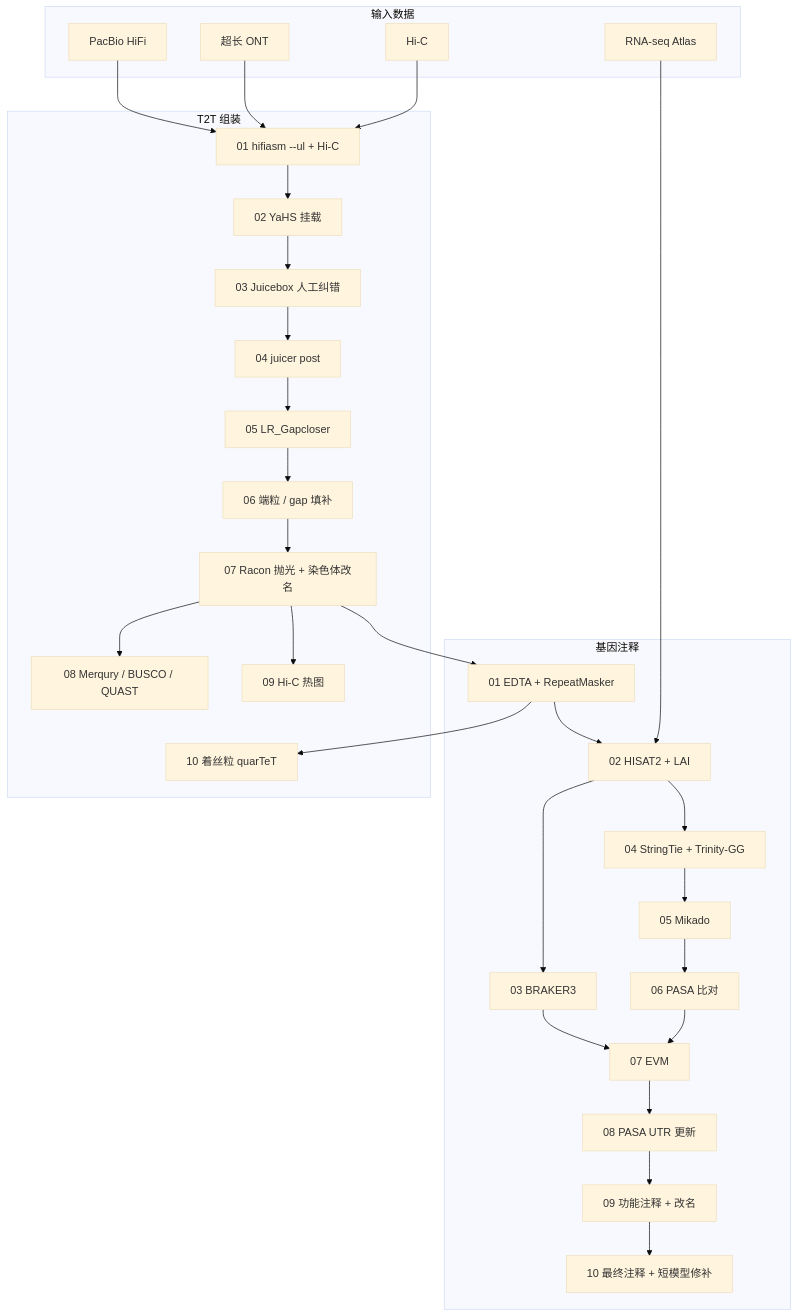
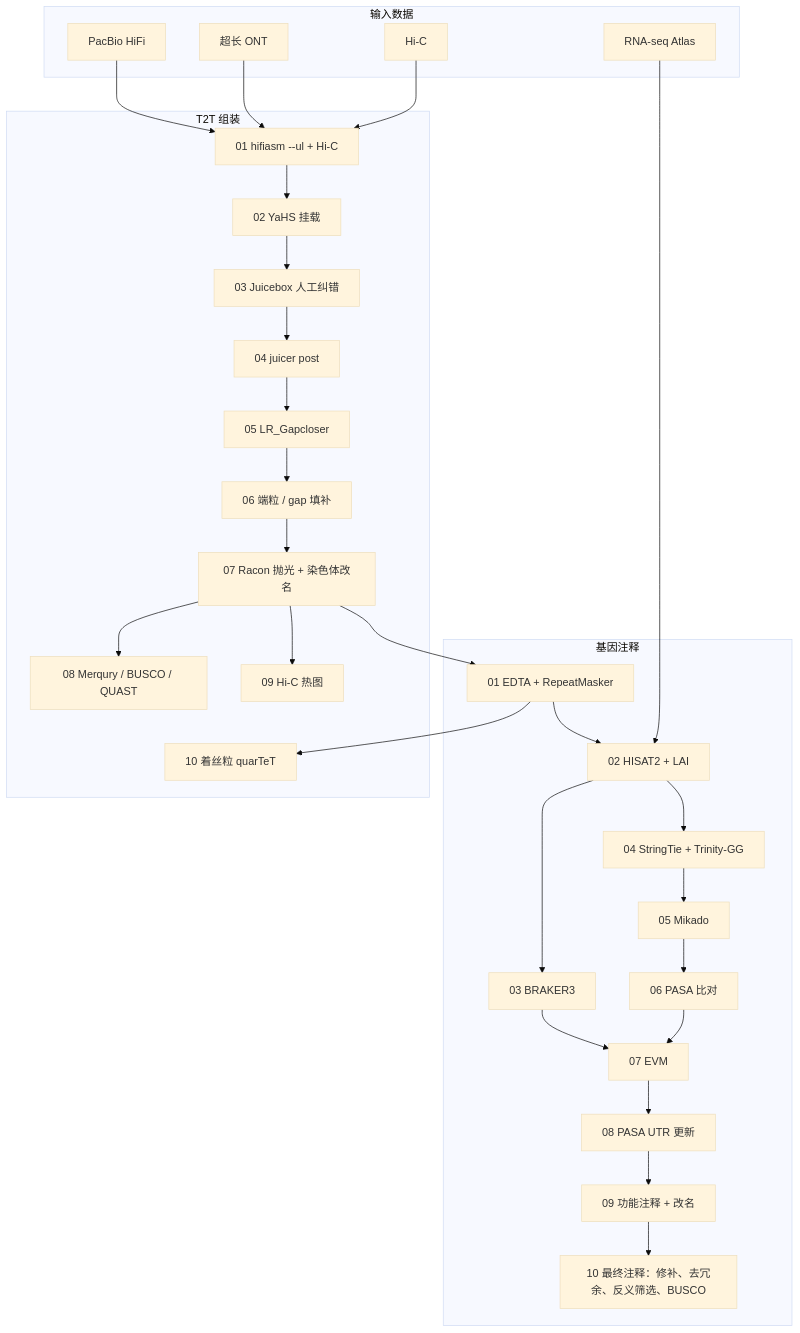
The diagram in README.zh-CN.md (sibs-zz/soybean_assembly_annotation), drawn with Mermaid (base theme) before and after one commit. The commit also changed other lines of this file and 1 other file, not shown here.

Commit message:
Show the final annotation filters in the overview flowcharts.

````diff
--- a/README.zh-CN.md
+++ b/README.zh-CN.md
@@ -13,47 +13,47 @@
 ```mermaid
 flowchart TD
   subgraph reads["输入数据"]
     HiFi["PacBio HiFi"]
     ONT["超长 ONT"]
     HiC["Hi-C"]
     RNA["RNA-seq Atlas"]
   end
 
   subgraph asm["T2T 组装"]
     A01["01 hifiasm --ul + Hi-C"]
     A02["02 YaHS 挂载"]
     A03["03 Juicebox 人工纠错"]
     A04["04 juicer post"]
     A05["05 LR_Gapcloser"]
     A06["06 端粒 / gap 填补"]
     A07["07 Racon 抛光 + 染色体改名"]
     A08["08 Merqury / BUSCO / QUAST"]
     A09["09 Hi-C 热图"]
     A10["10 着丝粒 quarTeT"]
   end
 
   subgraph ann["基因注释"]
     N01["01 EDTA + RepeatMasker"]
     N02["02 HISAT2 + LAI"]
     N03["03 BRAKER3"]
     N04["04 StringTie + Trinity-GG"]
     N05["05 Mikado"]
     N06["06 PASA 比对"]
     N07["07 EVM"]
     N08["08 PASA UTR 更新"]
     N09["09 功能注释 + 改名"]
-    N10["10 最终注释 + 短模型修补"]
+    N10["10 最终注释：修补、去冗余、反义筛选、BUSCO"]
   end
 
   HiFi --> A01
   ONT --> A01
   HiC --> A01
   A01 --> A02 --> A03 --> A04 --> A05 --> A06 --> A07
   A07 --> A08
   A07 --> A09
   N01 --> A10
   A07 --> N01 --> N02 --> N03
   RNA --> N02
   N02 --> N04 --> N05 --> N06 --> N07 --> N08 --> N09 --> N10
   N03 --> N07
 ```
````
